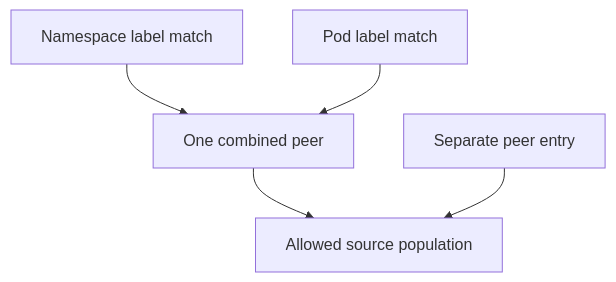
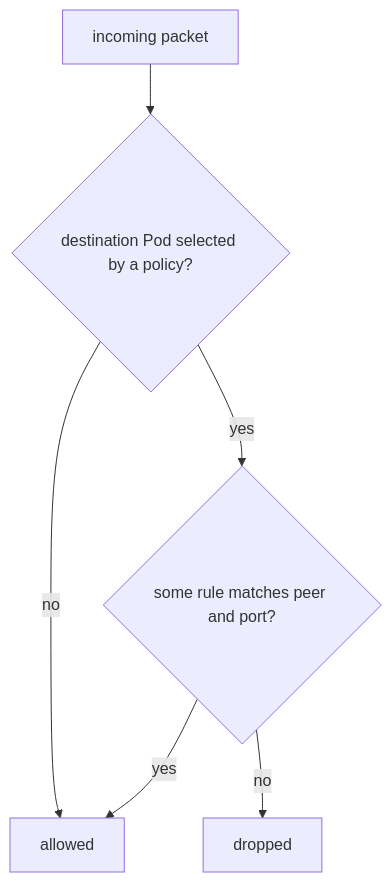
The diagram in sections/section-020/module-01/course-01-traffic-isolation-and-allowed-peers.md (astrona-io/ATS026), drawn with Mermaid before and after one commit. The commit also changed other lines of this file and 379 other files, not shown here.

````diff
--- a/sections/section-020/module-01/course-01-traffic-isolation-and-allowed-peers.md
+++ b/sections/section-020/module-01/course-01-traffic-isolation-and-allowed-peers.md
@@ -56,7 +108,8 @@
 ```mermaid
 flowchart TB
-    N["Namespace label match"] --> P["One combined peer"]
-    L["Pod label match"] --> P
-    P --> A["Allowed source population"]
-    S["Separate peer entry"] --> A
+    P["incoming packet"] --> S{"destination Pod selected by a policy?"}
+    S -->|"no"| A["allowed"]
+    S -->|"yes"| R{"some rule matches peer and port?"}
+    R -->|"yes"| A
+    R -->|"no"| D["dropped"]
 ```
````
